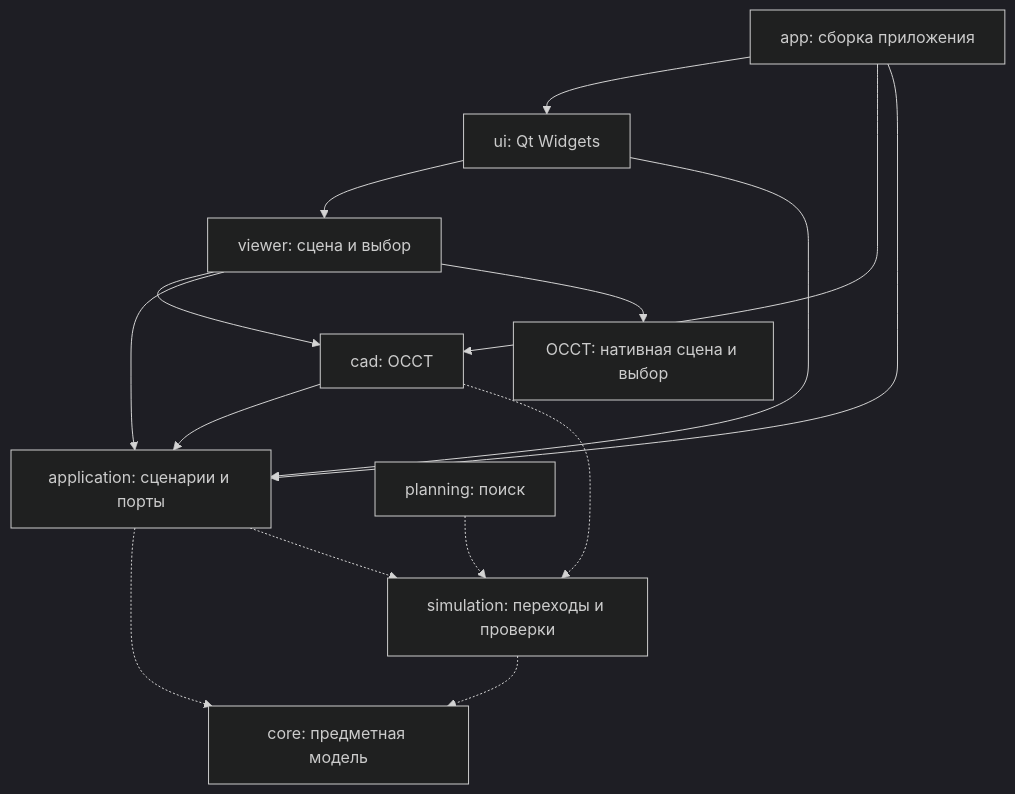
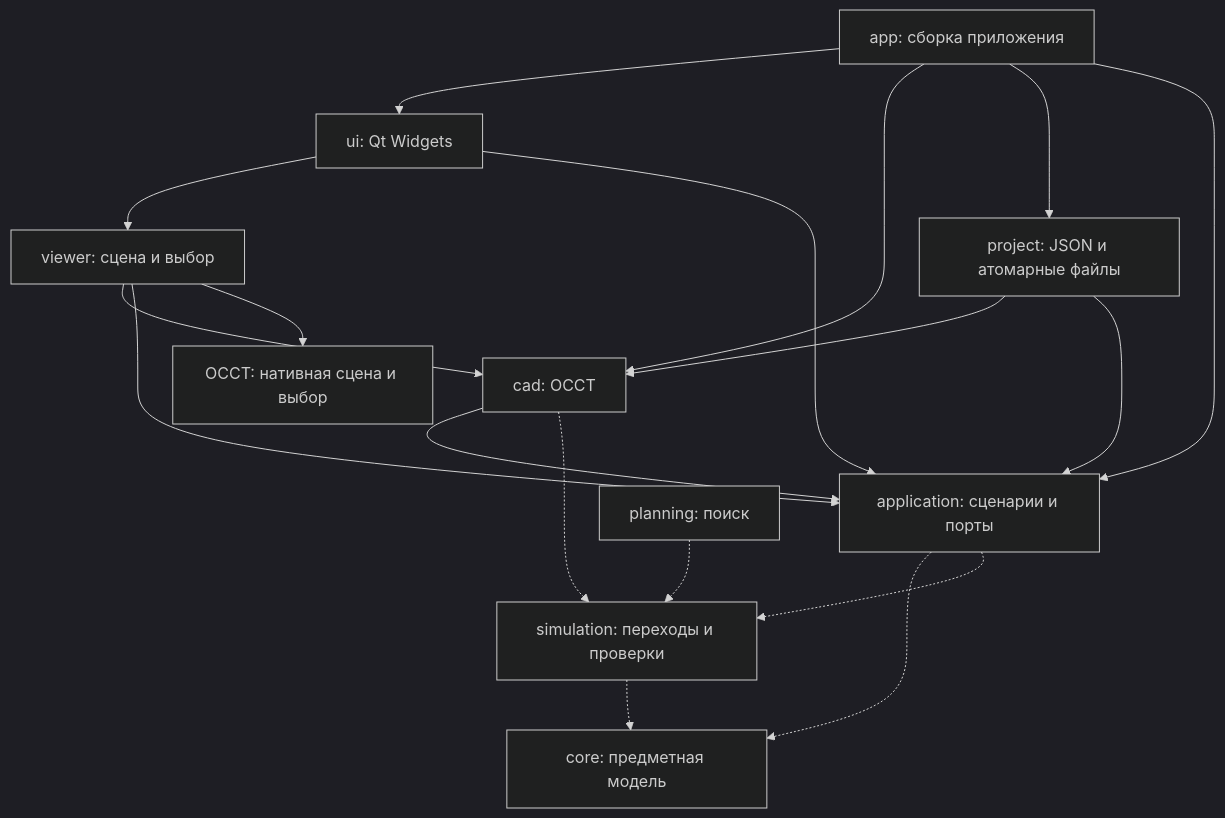
One commit to DenisPapushaJava/3d-bending-simulator changed the diagram in docs/architecture.md. Above: the diagram before and after it, drawn with Mermaid (dark theme). The commit also changed other lines of this file and 46 other files, not shown here.

````diff
--- a/docs/architecture.md
+++ b/docs/architecture.md
@@ -15,17 +15,20 @@
 ```mermaid
 flowchart TD
     APP[app: сборка приложения] --> UI[ui: Qt Widgets]
     APP --> CAD[cad: OCCT]
+    APP --> FILES[project: JSON и атомарные файлы]
+    FILES --> CAD
+    FILES --> USE
     UI --> VIEW[viewer: сцена и выбор]
     APP --> USE[application: сценарии и порты]
     UI --> USE
     CAD --> USE
     VIEW --> CAD
     VIEW --> USE
     USE -.-> CORE[core: предметная модель]
     VIEW --> OCC[OCCT: нативная сцена и выбор]
     SIM[simulation: переходы и проверки] -.-> CORE
     CAD -.-> SIM
     PLAN[planning: поиск] -.-> SIM
     USE -.-> SIM
 ```
````
